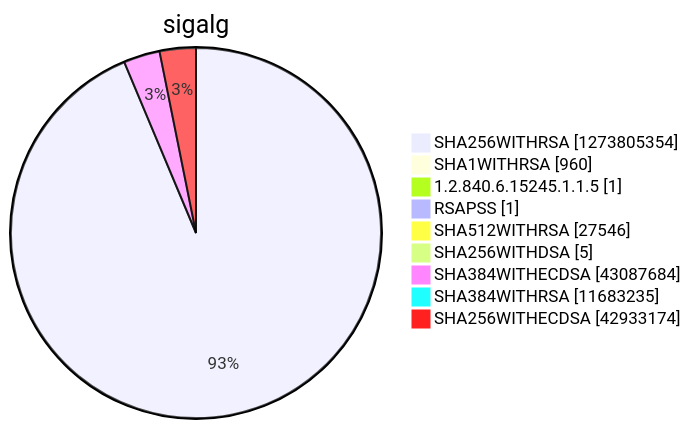
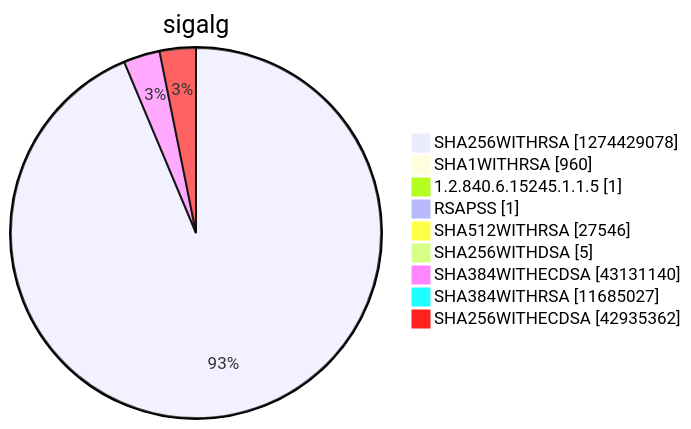
One commit to christiankrug/ctmonitor_visualization changed diagram 15 of 15 in argon2022/README.md. Above: the diagram before and after it, drawn with Mermaid. The commit also changed other lines of this file, not shown here.

````diff
--- a/argon2022/README.md
+++ b/argon2022/README.md
@@ -5522,13 +5522,13 @@
 ```mermaid
 pie showData
 title sigalg
-"SHA256WITHRSA" :1273805354
+"SHA256WITHRSA" :1274429078
 "SHA1WITHRSA" :960
 "1.2.840.6.15245.1.1.5" :1
 "RSAPSS" :1
 "SHA512WITHRSA" :27546
 "SHA256WITHDSA" :5
-"SHA384WITHECDSA" :43087684
-"SHA384WITHRSA" :11683235
-"SHA256WITHECDSA" :42933174
+"SHA384WITHECDSA" :43131140
+"SHA384WITHRSA" :11685027
+"SHA256WITHECDSA" :42935362
 ```
````
